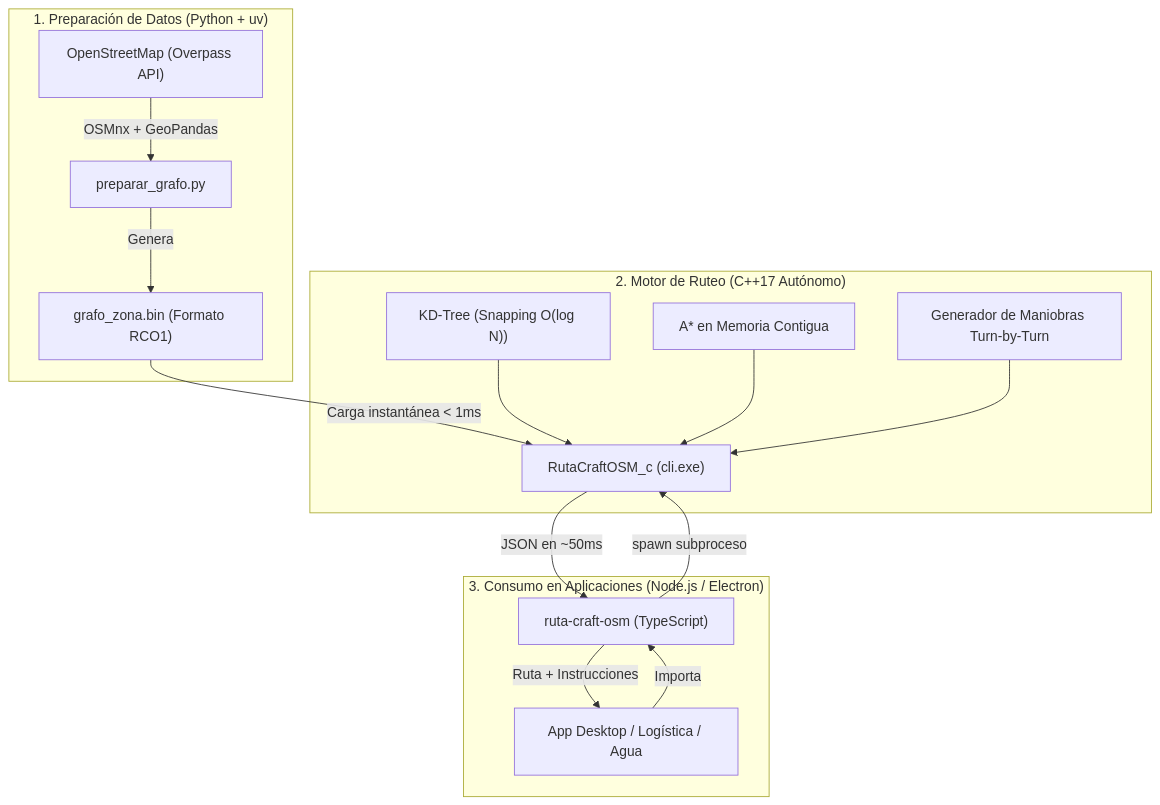
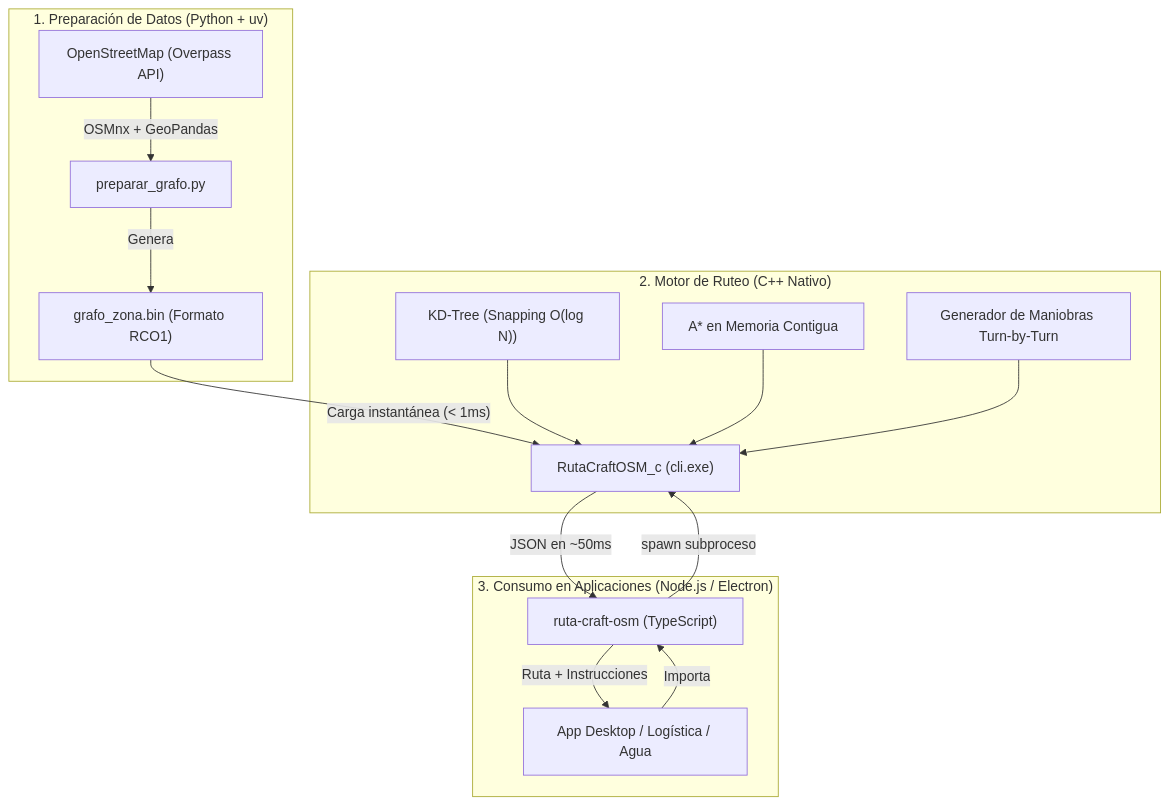
The diagram in docs/1_ARQUITECTURA_Y_MIGRACION.md (Mahynlo/RutaCraftOSM), drawn with Mermaid before and after one commit. The commit also changed 2 other files, not shown here.

Commit message:
feat: mejorar documentación técnica y correcciones en el manejo de diagramas Mermaid

````diff
--- a/docs/1_ARQUITECTURA_Y_MIGRACION.md
+++ b/docs/1_ARQUITECTURA_Y_MIGRACION.md
@@ -7,21 +7,21 @@
 ```mermaid
 flowchart TD
     subgraph Capa_Preparacion ["1. Preparación de Datos (Python + uv)"]
         OSM["OpenStreetMap (Overpass API)"] -->|OSMnx + GeoPandas| PREP["preparar_grafo.py"]
         PREP -->|Genera| BIN["grafo_zona.bin (Formato RCO1)"]
     end
 
-    subgraph Capa_Motor ["2. Motor de Ruteo (C++17 Autónomo)"]
-        BIN -->|Carga instantánea < 1ms| MOTOR["RutaCraftOSM_c (cli.exe)"]
+    subgraph Capa_Motor ["2. Motor de Ruteo (C++ Nativo)"]
+        BIN -->|"Carga instantánea (< 1ms)"| MOTOR["RutaCraftOSM_c (cli.exe)"]
         KDTREE["KD-Tree (Snapping O(log N))"] --> MOTOR
         ASTAR["A* en Memoria Contigua"] --> MOTOR
         INST["Generador de Maniobras Turn-by-Turn"] --> MOTOR
     end
 
     subgraph Capa_Consumo ["3. Consumo en Aplicaciones (Node.js / Electron)"]
         APP["App Desktop / Logística / Agua"] -->|Importa| WRAPPER["ruta-craft-osm (TypeScript)"]
         WRAPPER -->|spawn subproceso| MOTOR
         MOTOR -->|JSON en ~50ms| WRAPPER
         WRAPPER -->|Ruta + Instrucciones| APP
     end
 ```
````
